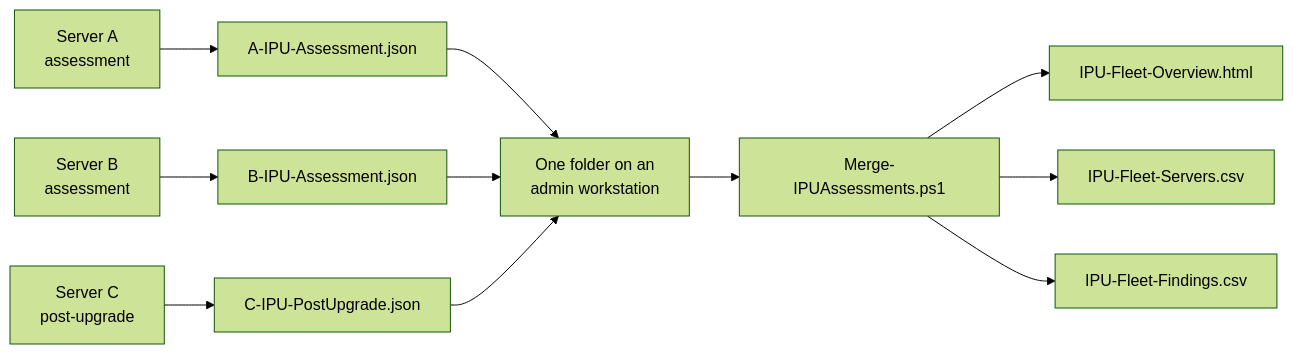
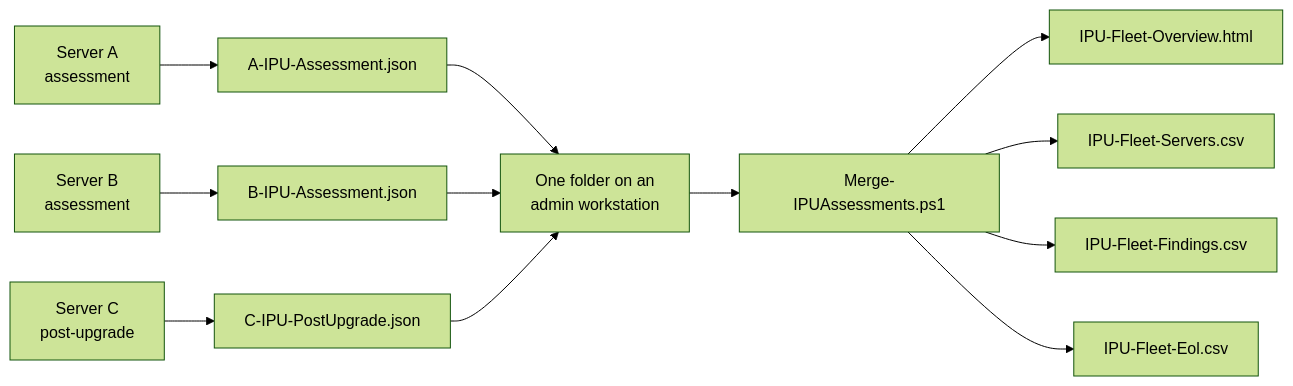
The sixth of 7 diagrams in docs/user-guide.md (JeanKadang/IPU-ReadinessAssessment), drawn with Mermaid (forest theme) before and after one commit. The commit also changed other lines of this file and 2 other files, not shown here.

Commit message:
docs: fleet overview lists -EolSnapshot, 4th file
The parameter table and both diagrams predate the end-of-life file;
the README options line missed two parameters (#413).

Claude-Session: https://claude.ai/code/session_01UstqUreT1L3FANTPo3dWKj

````diff
--- a/docs/user-guide.md
+++ b/docs/user-guide.md
@@ -763,13 +763,14 @@
 ```mermaid
 flowchart LR
     S1[Server A<br/>assessment] --> J1[A-IPU-Assessment.json]
     S2[Server B<br/>assessment] --> J2[B-IPU-Assessment.json]
     S3[Server C<br/>post-upgrade] --> J3[C-IPU-PostUpgrade.json]
     J1 --> F[One folder on an<br/>admin workstation]
     J2 --> F
     J3 --> F
     F --> M[Merge-IPUAssessments.ps1]
     M --> H[IPU-Fleet-Overview.html]
     M --> C1[IPU-Fleet-Servers.csv]
     M --> C2[IPU-Fleet-Findings.csv]
+    M --> C3[IPU-Fleet-Eol.csv]
 ```
````
